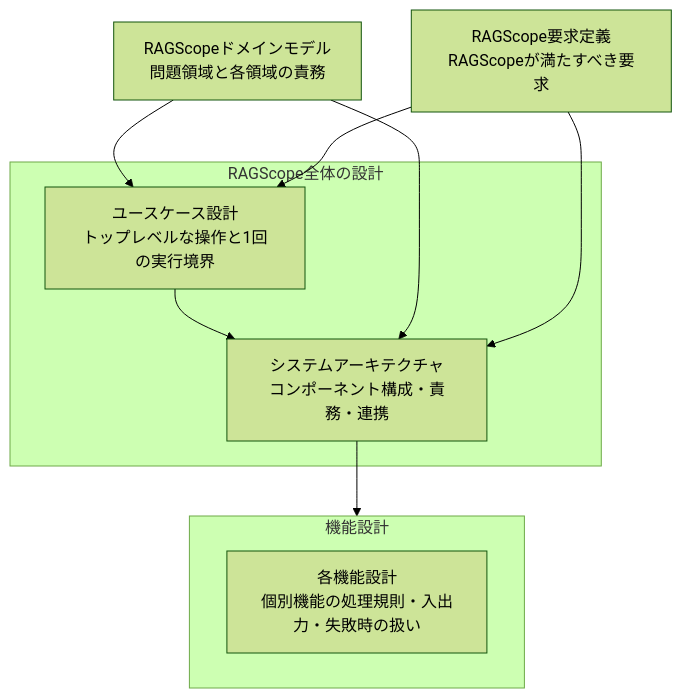
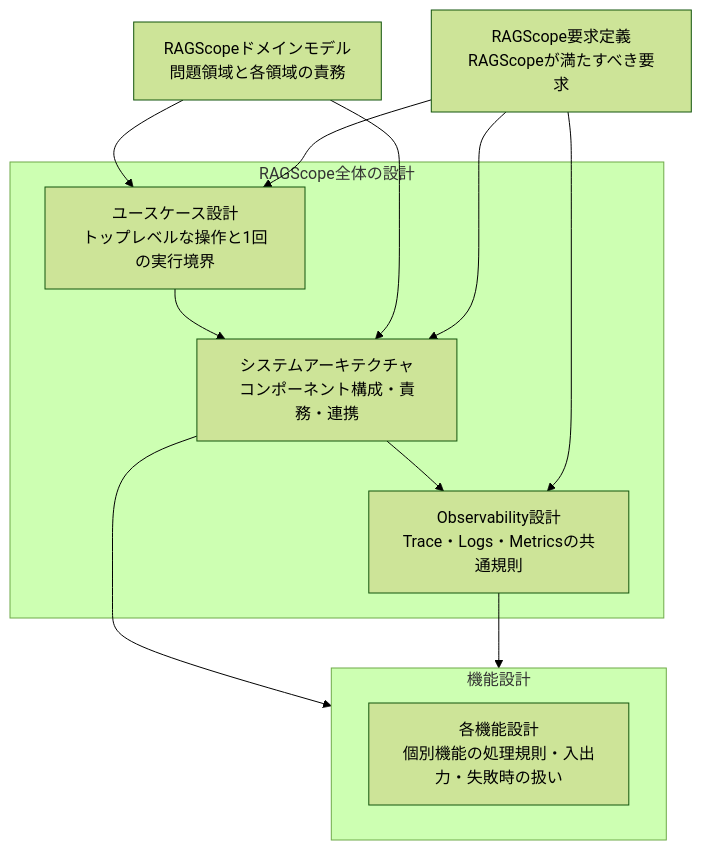
Before and after one commit to takashit16833/RAGScope: the diagram in project-docs/design/README.md, drawn with Mermaid (forest theme). The commit also changed other lines of this file and 8 other files, not shown here.

Commit message:
docs: define OpenTelemetry observability architecture

````diff
--- a/project-docs/design/README.md
+++ b/project-docs/design/README.md
@@ -19,22 +20,26 @@
 ```mermaid
 flowchart TD
     Domain["RAGScopeドメインモデル<br>問題領域と各領域の責務"]
     Requirements["RAGScope要求定義<br>RAGScopeが満たすべき要求"]
 
     subgraph Core["RAGScope全体の設計"]
         UseCase["ユースケース設計<br>トップレベルな操作と1回の実行境界"]
         Architecture["システムアーキテクチャ<br>コンポーネント構成・責務・連携"]
+        Observability["Observability設計<br>Trace・Logs・Metricsの共通規則"]
         UseCase --> Architecture
+        Architecture --> Observability
     end
 
     subgraph Features["機能設計"]
         FeatureDesigns["各機能設計<br>個別機能の処理規則・入出力・失敗時の扱い"]
     end
 
     Domain --> UseCase
     Requirements --> UseCase
     Domain --> Architecture
     Requirements --> Architecture
+    Requirements --> Observability
 
     Architecture --> Features
+    Observability --> Features
 ```
````
